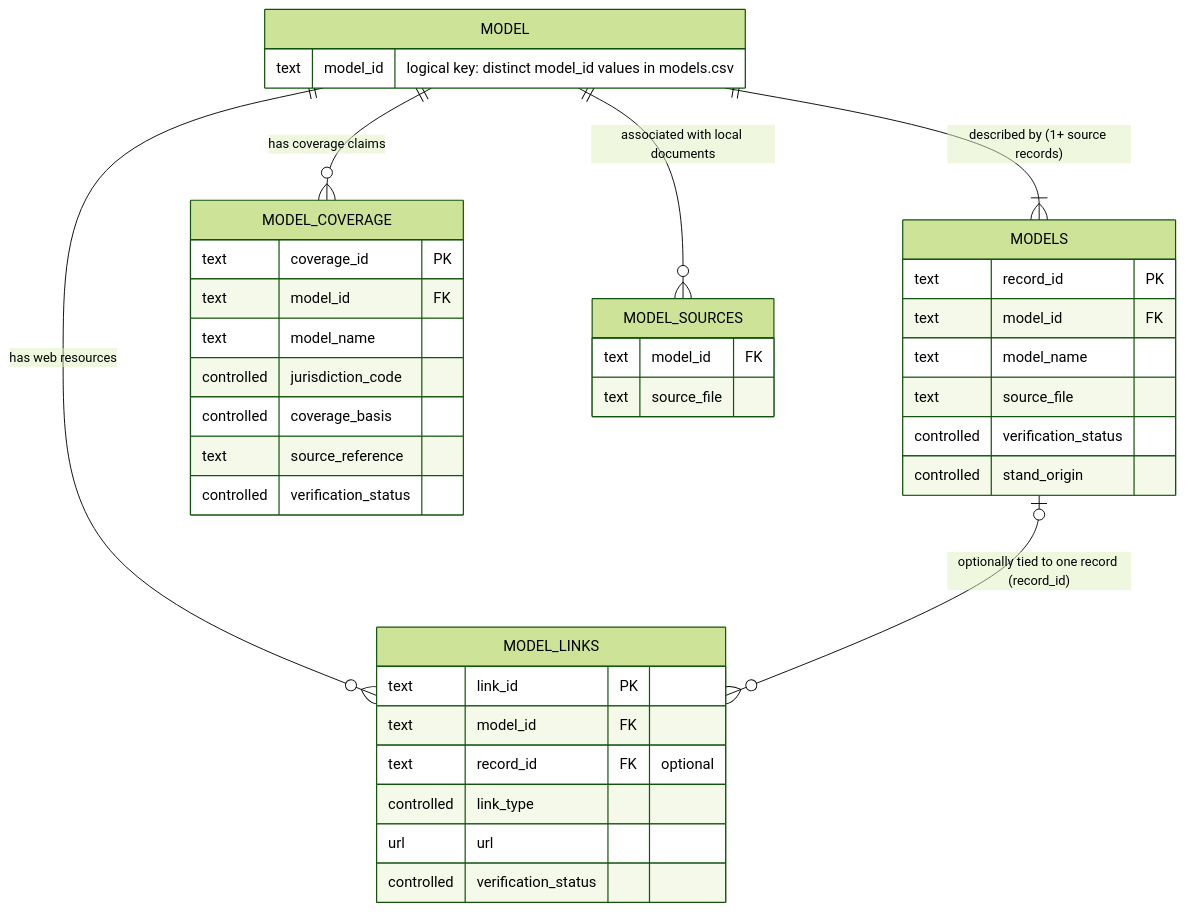
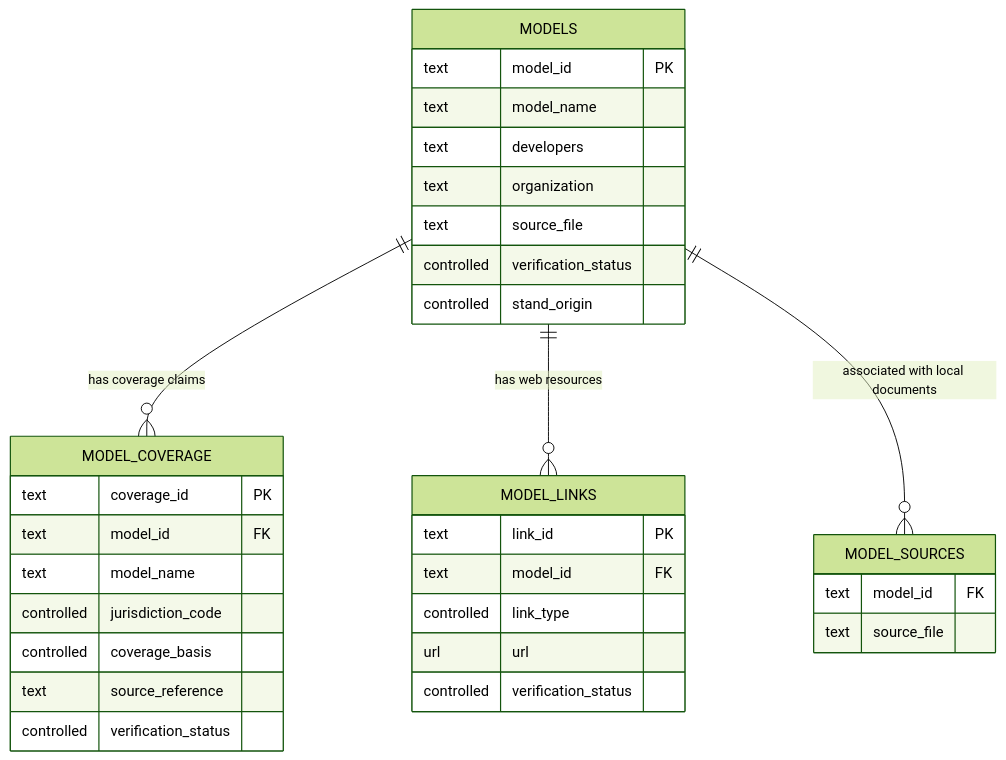
The first of 2 diagrams in docs/data-model-and-pipeline.md (forest-carbon-tools-dfs/CanGrowthModels), drawn with Mermaid (forest theme) before and after one commit. The commit also changed other lines of this file and 14 other files, not shown here.

Commit message:
Simplify registry schema and update model metadata

````diff
--- a/docs/data-model-and-pipeline.md
+++ b/docs/data-model-and-pipeline.md
@@ -63,41 +63,36 @@
 ```mermaid
 erDiagram
-    MODEL ||--|{ MODELS : "described by (1+ source records)"
-    MODEL ||--o{ MODEL_COVERAGE : "has coverage claims"
-    MODEL ||--o{ MODEL_LINKS : "has web resources"
-    MODEL ||--o{ MODEL_SOURCES : "associated with local documents"
-    MODELS |o--o{ MODEL_LINKS : "optionally tied to one record (record_id)"
+    MODELS ||--o{ MODEL_COVERAGE : "has coverage claims"
+    MODELS ||--o{ MODEL_LINKS : "has web resources"
+    MODELS ||--o{ MODEL_SOURCES : "associated with local documents"
 
-    MODEL {
-        text model_id "logical key: distinct model_id values in models.csv"
-    }
     MODELS {
-        text record_id PK
-        text model_id FK
+        text model_id PK
         text model_name
+        text developers
+        text organization
         text source_file
         controlled verification_status
         controlled stand_origin
     }
     MODEL_COVERAGE {
         text coverage_id PK
         text model_id FK
         text model_name
         controlled jurisdiction_code
         controlled coverage_basis
         text source_reference
         controlled verification_status
     }
     MODEL_LINKS {
         text link_id PK
         text model_id FK
-        text record_id FK "optional"
         controlled link_type
         url url
         controlled verification_status
     }
     MODEL_SOURCES {
         text model_id FK
         text source_file
     }
 ```
````
